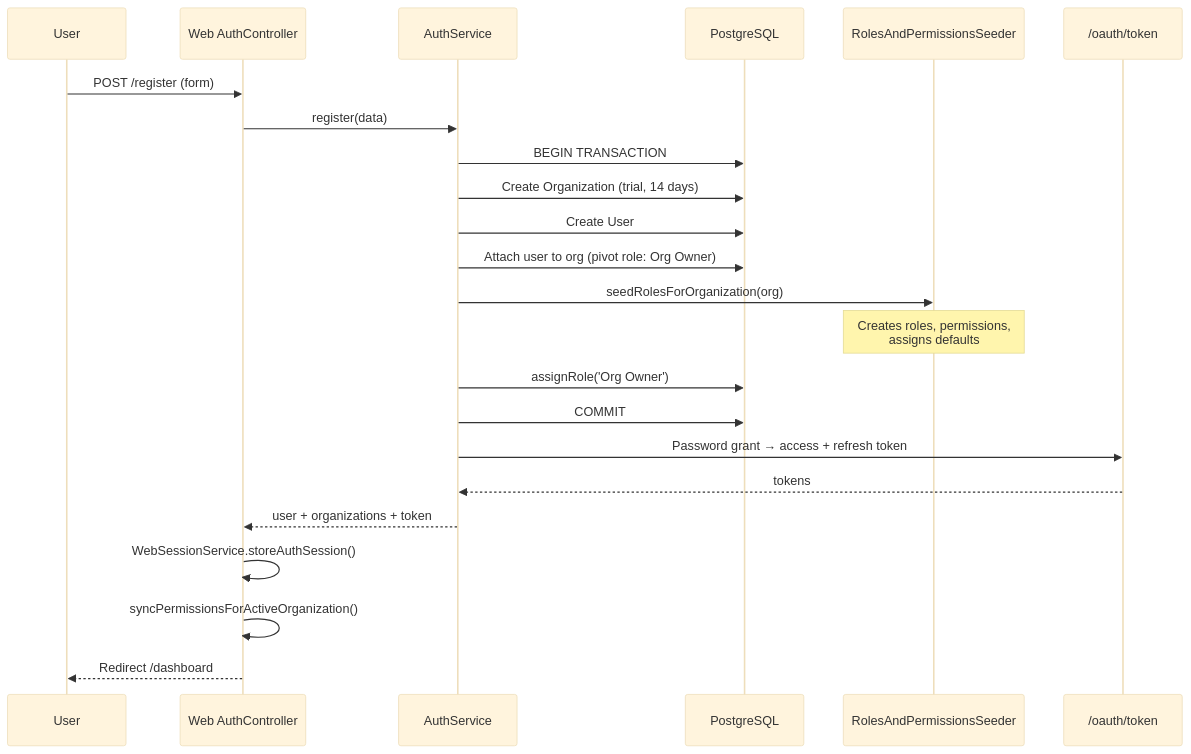
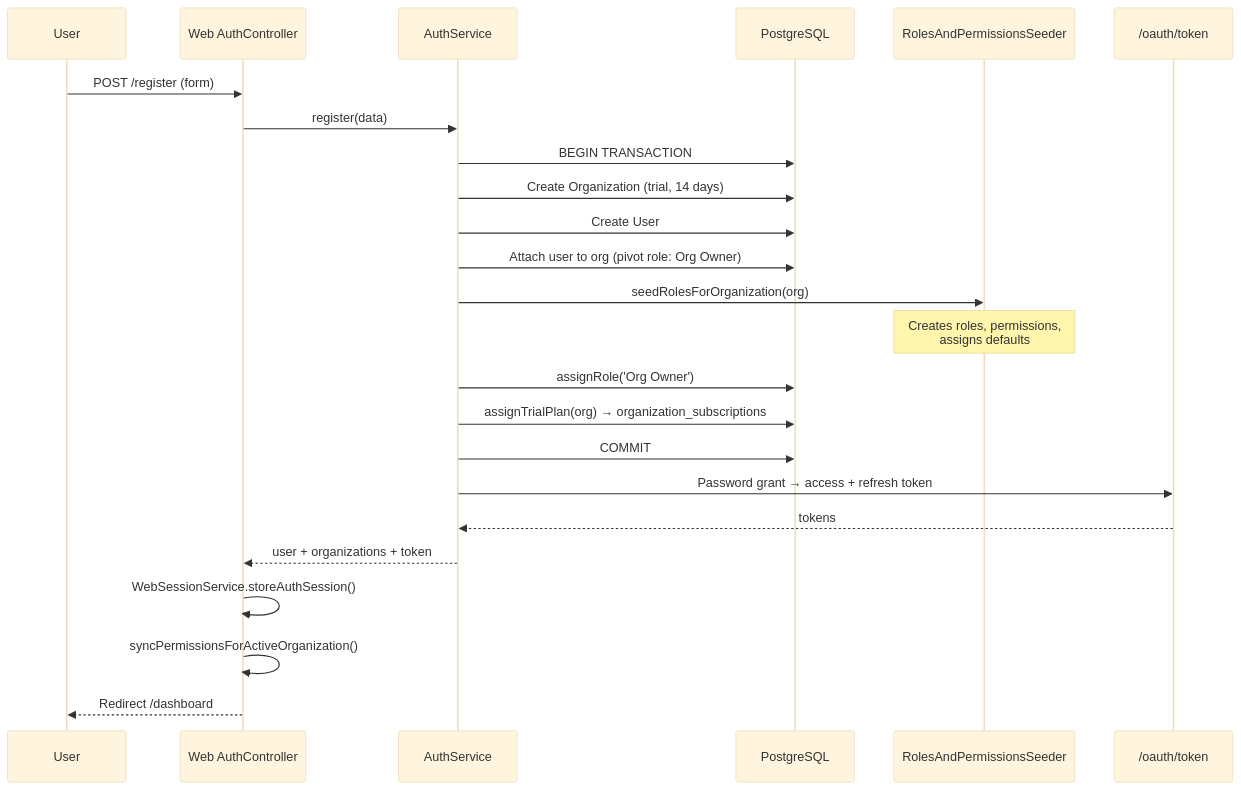
The third of 12 diagrams in docs/SYSTEM-ARCHITECTURE-AND-WORKFLOWS.md (musafci/Inventory-Management-SaaS), drawn with Mermaid (base theme) before and after one commit. The commit also changed other lines of this file and 65 other files, not shown here.

````diff
--- a/docs/SYSTEM-ARCHITECTURE-AND-WORKFLOWS.md
+++ b/docs/SYSTEM-ARCHITECTURE-AND-WORKFLOWS.md
@@ -242,26 +249,27 @@
 ```mermaid
 sequenceDiagram
     participant U as User
     participant Web as Web AuthController
     participant Auth as AuthService
     participant DB as PostgreSQL
     participant Seed as RolesAndPermissionsSeeder
     participant OAuth as /oauth/token
 
     U->>Web: POST /register (form)
     Web->>Auth: register(data)
     Auth->>DB: BEGIN TRANSACTION
     Auth->>DB: Create Organization (trial, 14 days)
     Auth->>DB: Create User
     Auth->>DB: Attach user to org (pivot role: Org Owner)
     Auth->>Seed: seedRolesForOrganization(org)
     Note over Seed: Creates roles, permissions,<br/>assigns defaults
     Auth->>DB: assignRole('Org Owner')
+    Auth->>DB: assignTrialPlan(org) → organization_subscriptions
     Auth->>DB: COMMIT
     Auth->>OAuth: Password grant → access + refresh token
     OAuth-->>Auth: tokens
     Auth-->>Web: user + organizations + token
     Web->>Web: WebSessionService.storeAuthSession()
     Web->>Web: syncPermissionsForActiveOrganization()
     Web-->>U: Redirect /dashboard
 ```
````
